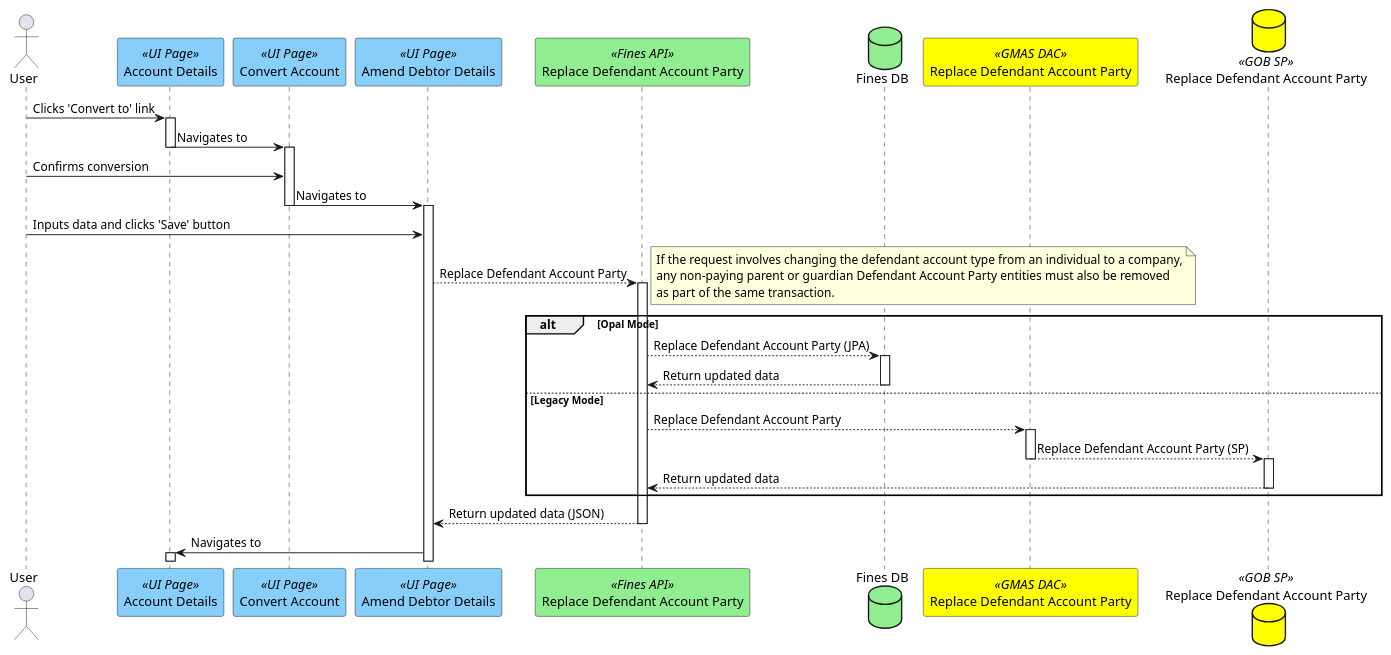
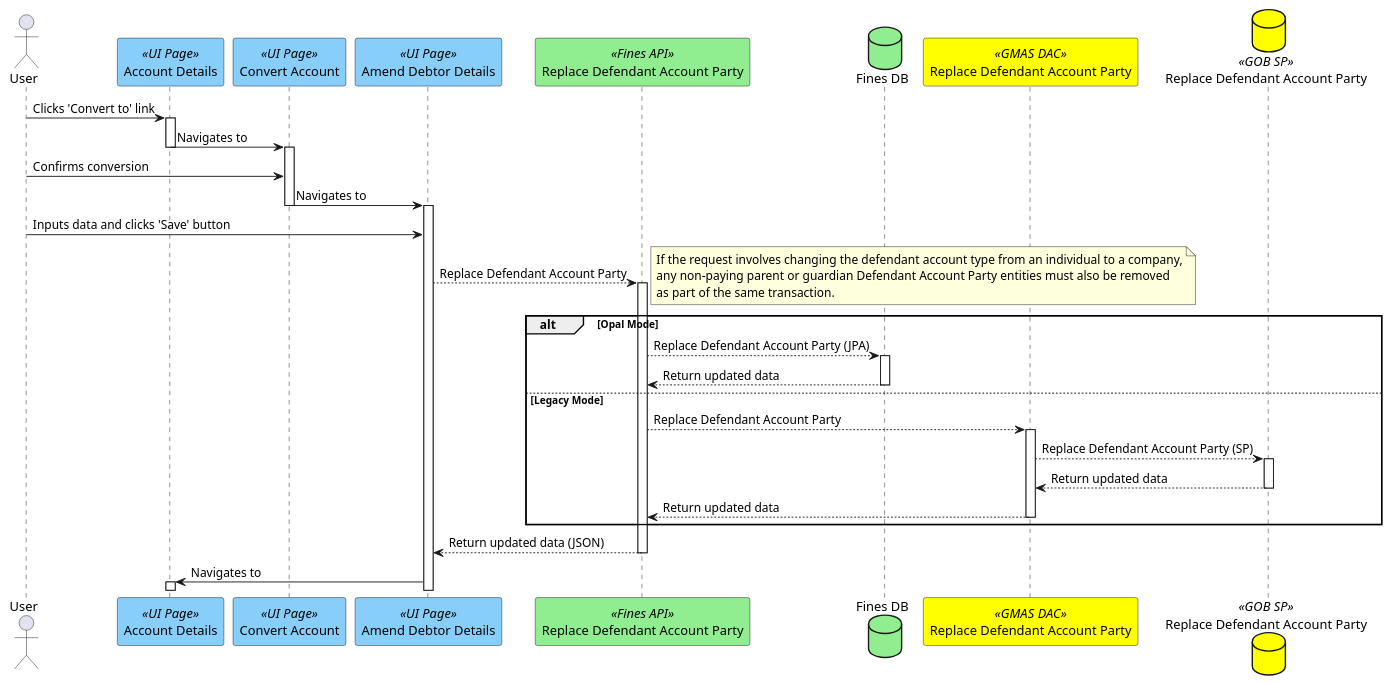
Before and after one commit to hmcts/opal-docs: the diagram in plantUML/fae-convert-defendant-type/convert-defendant-type.puml, drawn with PlantUML.

Commit message:
convert-defendant-type fix legacy route

```diff
--- a/plantUML/fae-convert-defendant-type/convert-defendant-type.puml
+++ b/plantUML/fae-convert-defendant-type/convert-defendant-type.puml
@@ -1,33 +1,34 @@
 @startuml
 actor "User" as user
 participant "Account Details" as viewAccount <<UI Page>> #lightskyblue
 participant "Convert Account" as conAcc <<UI Page>> #lightskyblue
 participant "Amend Debtor Details" as amendDD <<UI Page>> #lightskyblue
 participant "Replace Defendant Account Party" as replaceDefAccParty <<Fines API>> #lightgreen
 database "Fines DB" as db #lightgreen
 participant "Replace Defendant Account Party" as gmasdac <<GMAS DAC>> #yellow
 database "Replace Defendant Account Party" as gobsp <<GOB SP>> #yellow
 
 user ->  viewAccount ++ : Clicks 'Convert to' link
 viewAccount -> conAcc --++ : Navigates to
 user ->  conAcc : Confirms conversion
 conAcc -> amendDD --++ : Navigates to
 user ->  amendDD : Inputs data and clicks 'Save' button
 amendDD --> replaceDefAccParty ++: Replace Defendant Account Party
 note right
 If the request involves changing the defendant account type from an individual to a company,
 any non-paying parent or guardian Defendant Account Party entities must also be removed
 as part of the same transaction.
 end note
 alt Opal Mode
 replaceDefAccParty --> db ++: Replace Defendant Account Party (JPA)
 db --> replaceDefAccParty --: Return updated data
 else Legacy Mode
 replaceDefAccParty --> gmasdac ++: Replace Defendant Account Party
-gmasdac --> gobsp --++: Replace Defendant Account Party (SP)
-gobsp --> replaceDefAccParty --: Return updated data
+gmasdac --> gobsp ++: Replace Defendant Account Party (SP)
+gobsp --> gmasdac --: Return updated data
+gmasdac --> replaceDefAccParty --: Return updated data
 end
 replaceDefAccParty --> amendDD --: Return updated data (JSON)
 amendDD -> viewAccount ++: Navigates to
 
 @enduml
```
